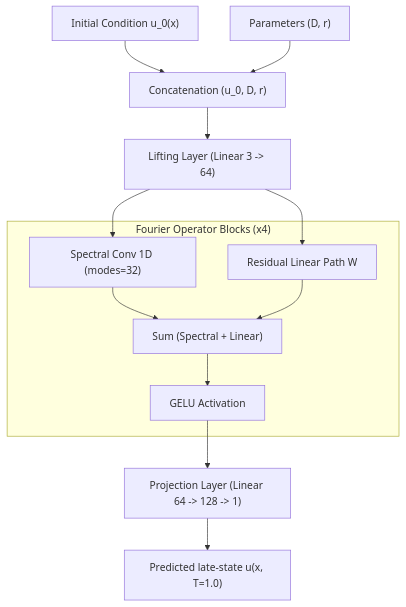
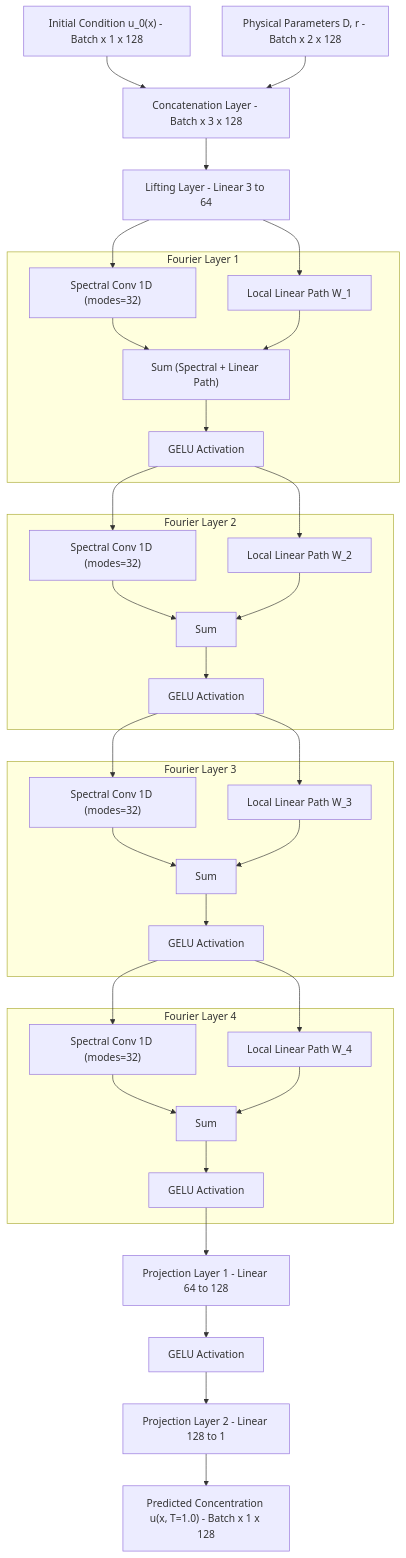
The first of 2 diagrams in README.md (shekharsameer2308/Prototype-FNO-1D-RxnDynamics-), drawn with Mermaid before and after one commit. The commit also changed other lines of this file, not shown here.

Commit message:
docs: add detailed physics and FNO mathematical operations to README

````diff
--- a/README.md
+++ b/README.md
@@ -28,28 +73,73 @@
 ```mermaid
 graph TD
-    IC["Initial Condition u_0(x)"]
-    Params["Parameters (D, r)"]
-    Concat["Concatenation (u_0, D, r)"]
-    Lifting["Lifting Layer (Linear 3 -> 64)"]
+    IC["Initial Condition u_0(x) - Batch x 1 x 128"]
+    Params["Physical Parameters D, r - Batch x 2 x 128"]
+    Concat["Concatenation Layer - Batch x 3 x 128"]
+    Lifting["Lifting Layer - Linear 3 to 64"]
     
-    subgraph FNO_Layers["Fourier Operator Blocks (x4)"]
-        F["Spectral Conv 1D (modes=32)"]
-        W["Residual Linear Path W"]
-        Sum["Sum (Spectral + Linear)"]
-        Act["GELU Activation"]
+    subgraph FNO_Layer_1["Fourier Layer 1"]
+        F1["Spectral Conv 1D (modes=32)"]
+        W1["Local Linear Path W_1"]
+        Add1["Sum (Spectral + Linear Path)"]
+        Act1["GELU Activation"]
+    end
+    
+    subgraph FNO_Layer_2["Fourier Layer 2"]
+        F2["Spectral Conv 1D (modes=32)"]
+        W2["Local Linear Path W_2"]
+        Add2["Sum"]
+        Act2["GELU Activation"]
     end
 
-    Proj["Projection Layer (Linear 64 -> 128 -> 1)"]
-    Output["Predicted late-state u(x, T=1.0)"]
+    subgraph FNO_Layer_3["Fourier Layer 3"]
+        F3["Spectral Conv 1D (modes=32)"]
+        W3["Local Linear Path W_3"]
+        Add3["Sum"]
+        Act3["GELU Activation"]
+    end
+
+    subgraph FNO_Layer_4["Fourier Layer 4"]
+        F4["Spectral Conv 1D (modes=32)"]
+        W4["Local Linear Path W_4"]
+        Add4["Sum"]
+        Act4["GELU Activation"]
+    end
+
+    Proj1["Projection Layer 1 - Linear 64 to 128"]
+    ActP["GELU Activation"]
+    Proj2["Projection Layer 2 - Linear 128 to 1"]
+    Output["Predicted Concentration u(x, T=1.0) - Batch x 1 x 128"]
 
     IC --> Concat
     Params --> Concat
     Concat --> Lifting
-    Lifting --> F
-    Lifting --> W
-    F --> Sum
-    W --> Sum
-    Sum --> Act
-    Act --> Proj
-    Proj --> Output
+    Lifting --> F1
+    Lifting --> W1
+    
+    F1 --> Add1
+    W1 --> Add1
+    Add1 --> Act1
+    
+    Act1 --> F2
+    Act1 --> W2
+    F2 --> Add2
+    W2 --> Add2
+    Add2 --> Act2
+    
+    Act2 --> F3
+    Act2 --> W3
+    F3 --> Add3
+    W3 --> Add3
+    Add3 --> Act3
+
+    Act3 --> F4
+    Act3 --> W4
+    F4 --> Add4
+    W4 --> Add4
+    Add4 --> Act4
+    
+    Act4 --> Proj1
+    Proj1 --> ActP
+    ActP --> Proj2
+    Proj2 --> Output
 ```
````
